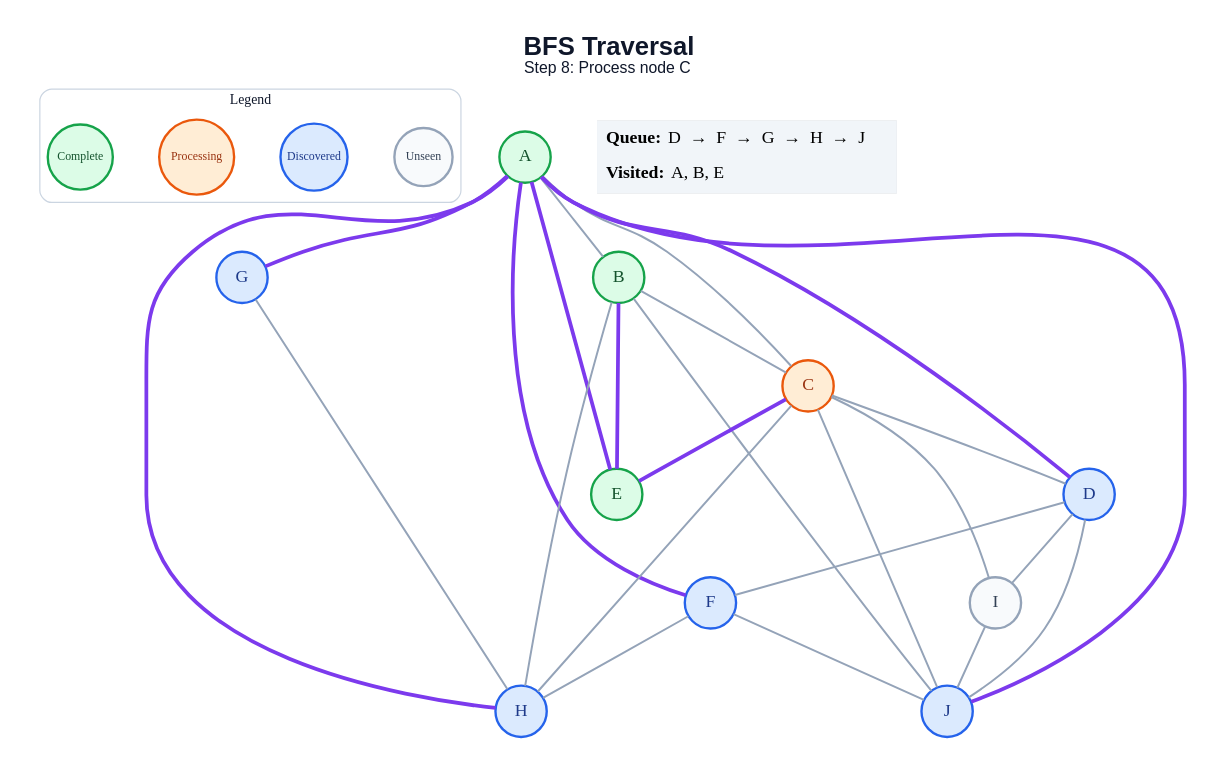
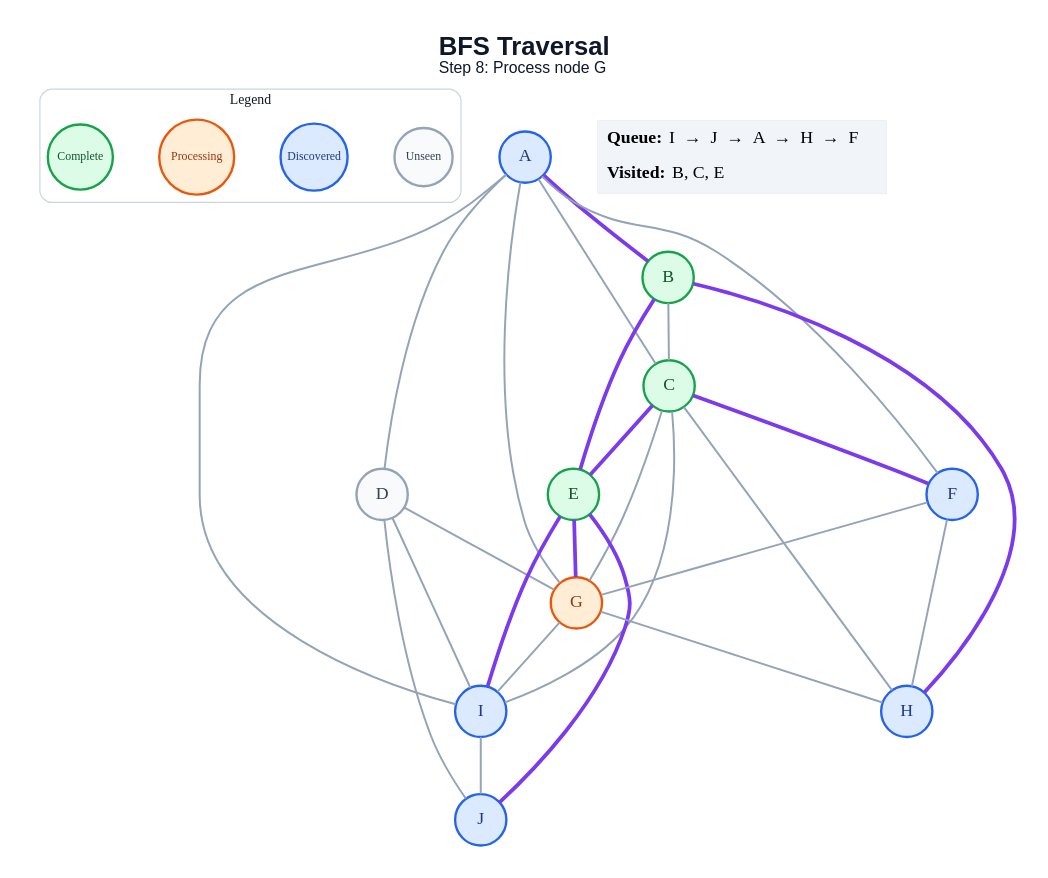
One commit to amanghodawala9/ai-slop changed the diagram in generated/specific-node/bfs/step_08.dot. Above: the diagram before and after it, drawn with Graphviz. The commit also changed 178 other files, not shown here.

```diff
--- a/generated/specific-node/bfs/step_08.dot
+++ b/generated/specific-node/bfs/step_08.dot
@@ -1,53 +1,54 @@
 graph traversal {
   graph [layout=dot, rankdir=TB, bgcolor="#FFFFFF", pad="0.35", nodesep="0.65", ranksep="0.8", fontname="Arial"];
   node [shape=circle, style="filled", fontname="Arial Bold", fontsize=18, width=0.72, fixedsize=true, penwidth=2.4];
   edge [color="#94A3B8", penwidth=2.0];
-  label=<<B>BFS Traversal</B><BR/><FONT POINT-SIZE="16">Step 8: Process node C</FONT>>; labelloc="t"; fontsize=26; fontname="Arial"; fontcolor="#0F172A";
+  label=<<B>BFS Traversal</B><BR/><FONT POINT-SIZE="16">Step 8: Process node G</FONT>>; labelloc="t"; fontsize=26; fontname="Arial"; fontcolor="#0F172A";
   subgraph cluster_legend { label="Legend"; color="#CBD5E1"; penwidth=1.2; style="rounded"; fontsize=14; fontname="Arial Bold";
     key_unseen [label="Unseen", fillcolor="#F8FAFC", color="#94A3B8", fontcolor="#334155", fontsize=12, width=0.82];
     key_frontier [label="Discovered", fillcolor="#DBEAFE", color="#2563EB", fontcolor="#1E3A8A", fontsize=12, width=0.95];
     key_current [label="Processing", fillcolor="#FFEDD5", color="#EA580C", fontcolor="#9A3412", fontsize=12, width=1.05];
     key_done [label="Complete", fillcolor="#DCFCE7", color="#16A34A", fontcolor="#14532D", fontsize=12, width=0.92];
     { rank=same; key_unseen; key_frontier; key_current; key_done; }
   }
-  A [fillcolor="#DCFCE7", color="#16A34A", fontcolor="#14532D"];
+  A [fillcolor="#DBEAFE", color="#2563EB", fontcolor="#1E3A8A"];
   B [fillcolor="#DCFCE7", color="#16A34A", fontcolor="#14532D"];
-  C [fillcolor="#FFEDD5", color="#EA580C", fontcolor="#9A3412"];
-  D [fillcolor="#DBEAFE", color="#2563EB", fontcolor="#1E3A8A"];
+  C [fillcolor="#DCFCE7", color="#16A34A", fontcolor="#14532D"];
+  D [fillcolor="#F8FAFC", color="#94A3B8", fontcolor="#334155"];
   E [fillcolor="#DCFCE7", color="#16A34A", fontcolor="#14532D"];
   F [fillcolor="#DBEAFE", color="#2563EB", fontcolor="#1E3A8A"];
-  G [fillcolor="#DBEAFE", color="#2563EB", fontcolor="#1E3A8A"];
+  G [fillcolor="#FFEDD5", color="#EA580C", fontcolor="#9A3412"];
   H [fillcolor="#DBEAFE", color="#2563EB", fontcolor="#1E3A8A"];
-  I [fillcolor="#F8FAFC", color="#94A3B8", fontcolor="#334155"];
+  I [fillcolor="#DBEAFE", color="#2563EB", fontcolor="#1E3A8A"];
   J [fillcolor="#DBEAFE", color="#2563EB", fontcolor="#1E3A8A"];
-  A -- B;
+  A -- B [color="#7C3AED", penwidth=3.8];
   A -- C;
-  A -- D [color="#7C3AED", penwidth=3.8];
-  A -- E [color="#7C3AED", penwidth=3.8];
-  A -- F [color="#7C3AED", penwidth=3.8];
-  A -- G [color="#7C3AED", penwidth=3.8];
-  A -- H [color="#7C3AED", penwidth=3.8];
-  A -- J [color="#7C3AED", penwidth=3.8];
+  A -- D;
+  A -- F;
+  A -- G;
+  A -- I;
   B -- C;
   B -- E [color="#7C3AED", penwidth=3.8];
-  B -- H;
-  B -- J;
-  C -- D;
+  B -- H [color="#7C3AED", penwidth=3.8];
   C -- E [color="#7C3AED", penwidth=3.8];
+  C -- F [color="#7C3AED", penwidth=3.8];
+  C -- G;
   C -- H;
   C -- I;
-  C -- J;
-  D -- F;
+  D -- G;
   D -- I;
   D -- J;
+  E -- G [color="#7C3AED", penwidth=3.8];
+  E -- I [color="#7C3AED", penwidth=3.8];
+  E -- J [color="#7C3AED", penwidth=3.8];
+  F -- G;
   F -- H;
-  F -- J;
   G -- H;
+  G -- I;
   I -- J;
   status [shape=plain, fixedsize=false, width=0, height=0, margin=0, label=<
     <TABLE BORDER="0" CELLBORDER="0" CELLPADDING="7" BGCOLOR="#F1F5F9">
-      <TR><TD ALIGN="LEFT"><B>Queue:</B> D  →  F  →  G  →  H  →  J</TD></TR>
-      <TR><TD ALIGN="LEFT"><B>Visited:</B> A, B, E</TD></TR>
+      <TR><TD ALIGN="LEFT"><B>Queue:</B> I  →  J  →  A  →  H  →  F</TD></TR>
+      <TR><TD ALIGN="LEFT"><B>Visited:</B> B, C, E</TD></TR>
     </TABLE>
   >];
 }
```
